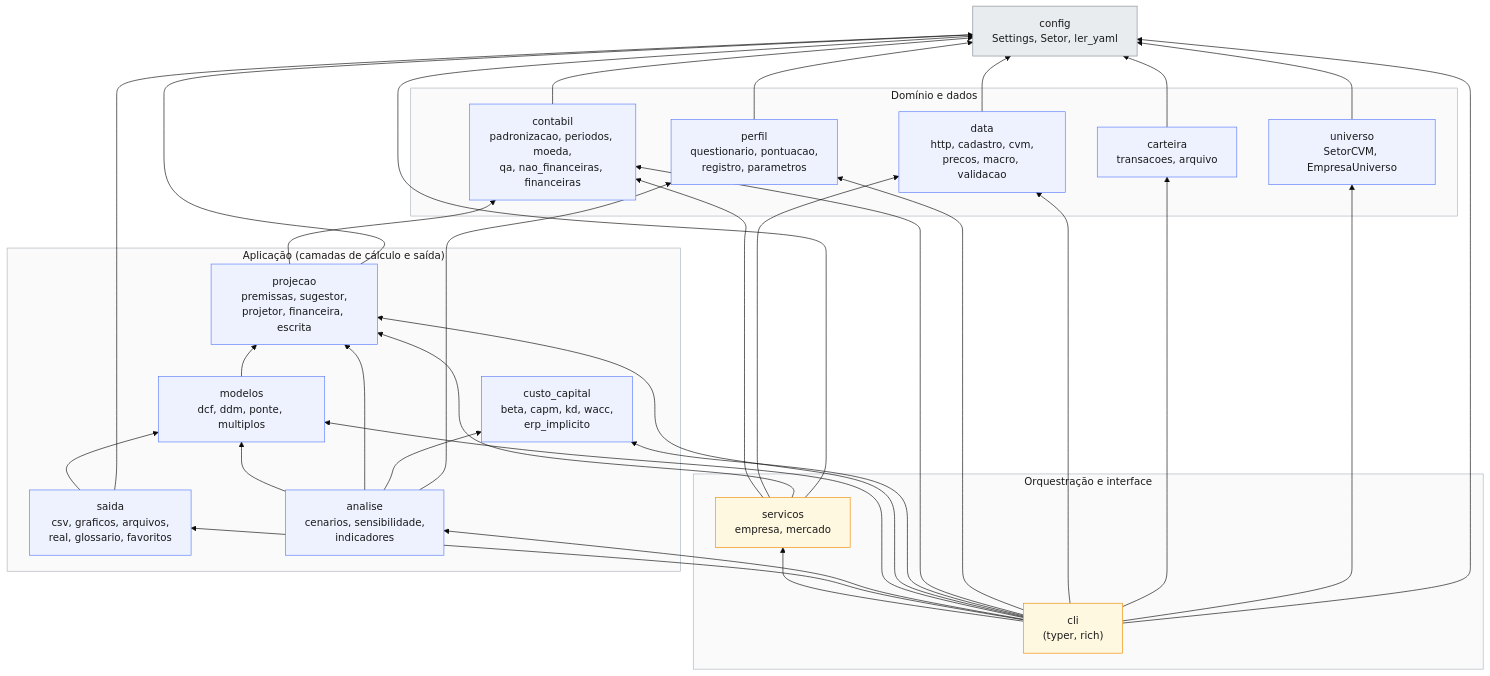
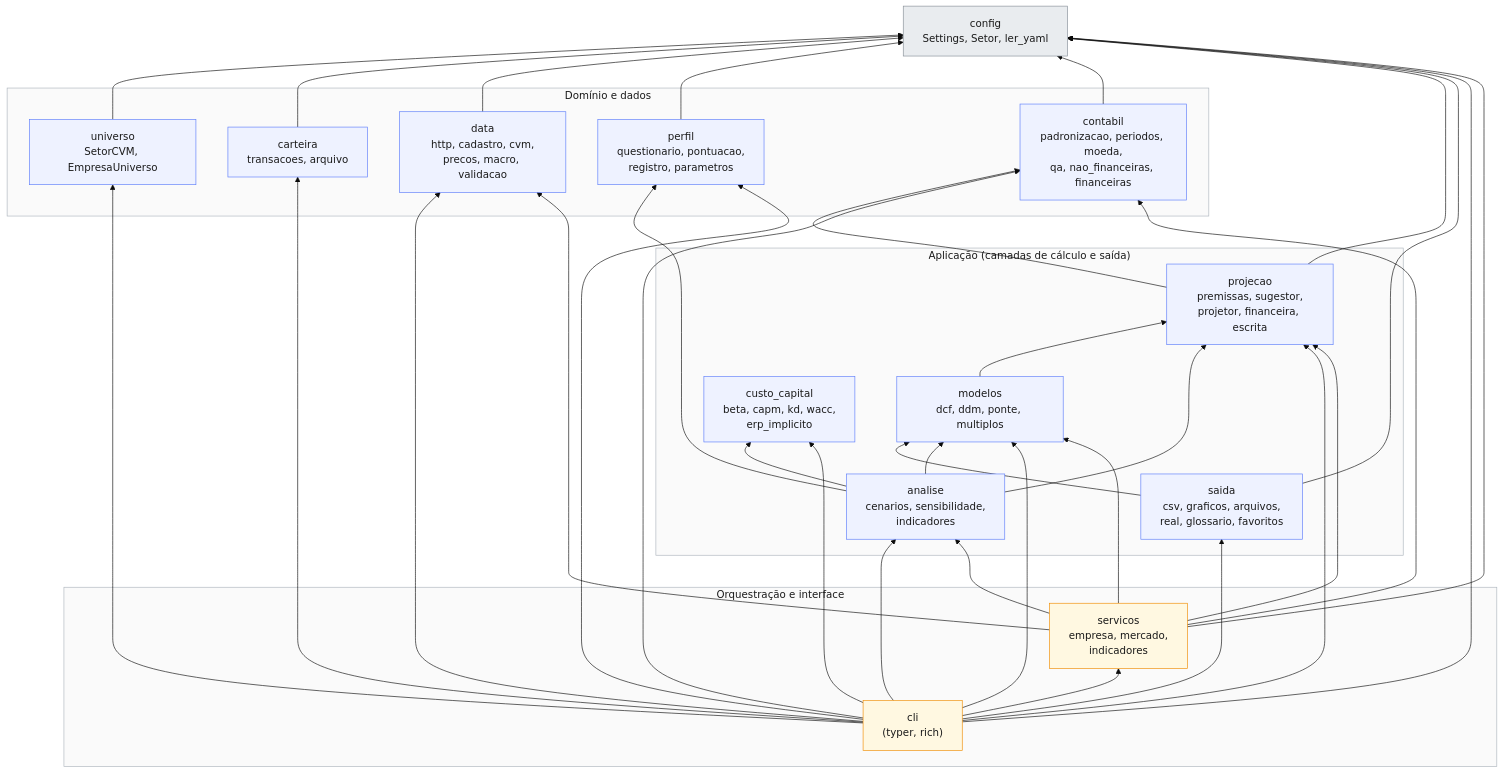
Before and after one commit to luiz2801/lastro: the first of 3 diagrams in docs/diagrama_arquitetura.md, drawn with Mermaid (base theme). The commit also changed 6 other files, not shown here.

First line of the commit message:
servicos: extrai série de indicadores e fundamentos de cli.py (S1, indicadores)

````diff
--- a/docs/diagrama_arquitetura.md
+++ b/docs/diagrama_arquitetura.md
@@ -11,48 +11,48 @@
 ```mermaid
 flowchart BT
     subgraph ORQ["Orquestração e interface"]
         cli["cli<br/>(typer, rich)"]
-        servicos["servicos<br/>empresa, mercado"]
+        servicos["servicos<br/>empresa, mercado,<br/>indicadores"]
     end
 
     subgraph APL["Aplicação (camadas de cálculo e saída)"]
         saida["saida<br/>csv, graficos, arquivos,<br/>real, glossario, favoritos"]
         analise["analise<br/>cenarios, sensibilidade,<br/>indicadores"]
         modelos["modelos<br/>dcf, ddm, ponte, multiplos"]
         projecao["projecao<br/>premissas, sugestor,<br/>projetor, financeira, escrita"]
         custo["custo_capital<br/>beta, capm, kd, wacc,<br/>erp_implicito"]
     end
 
     subgraph DOM["Domínio e dados"]
         contabil["contabil<br/>padronizacao, periodos, moeda,<br/>qa, nao_financeiras, financeiras"]
         perfil["perfil<br/>questionario, pontuacao,<br/>registro, parametros"]
         data["data<br/>http, cadastro, cvm,<br/>precos, macro, validacao"]
         carteira["carteira<br/>transacoes, arquivo"]
         universo["universo<br/>SetorCVM, EmpresaUniverso"]
     end
 
     config["config<br/>Settings, Setor, ler_yaml"]
 
     cli --> servicos
-    servicos --> contabil & data & projecao & config
+    servicos --> analise & modelos & contabil & data & projecao & config
     cli --> saida & analise & modelos & projecao & custo & contabil & perfil & data & carteira & universo & config
     analise --> modelos & projecao & custo & perfil
     saida --> modelos & config
     modelos --> projecao
     projecao --> contabil & config
     contabil --> config
     perfil --> config
     data --> config
     carteira --> config
     universo --> config
 
     classDef pacote fill:#eef2ff,stroke:#5c7cfa,color:#1a1a1a
     classDef base fill:#e9ecef,stroke:#868e96,color:#1a1a1a
     classDef topo fill:#fff8e1,stroke:#f08c00,color:#1a1a1a
     class saida,analise,modelos,projecao,custo,contabil,perfil,data,carteira,universo pacote
     class config base
     class cli,servicos topo
     style ORQ fill:#fafafa,stroke:#adb5bd,color:#1a1a1a
     style APL fill:#fafafa,stroke:#adb5bd,color:#1a1a1a
     style DOM fill:#fafafa,stroke:#adb5bd,color:#1a1a1a
 ```
````
